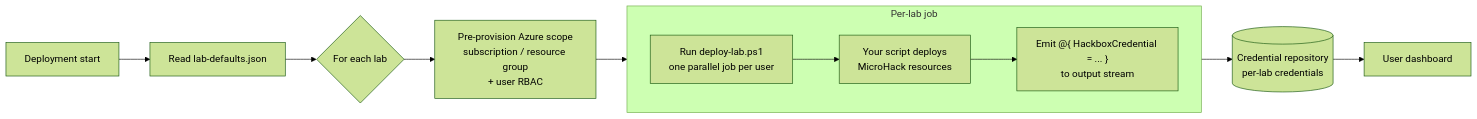
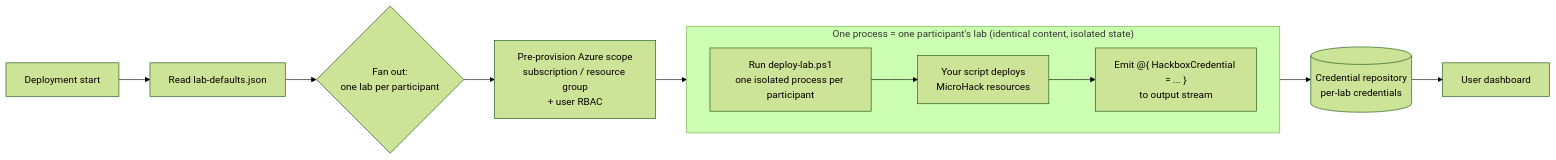
The diagram in 99-MicroHack-Template/labautomation/README.md (microsoft/MicroHack), drawn with Mermaid (forest theme) before and after one commit. The commit also changed other lines of this file, not shown here.

````diff
--- a/99-MicroHack-Template/labautomation/README.md
+++ b/99-MicroHack-Template/labautomation/README.md
@@ -13,16 +21,16 @@
 ```mermaid
 flowchart LR
     A[Deployment start] --> B[Read lab-defaults.json]
-    B --> C{For each lab}
+    B --> C{"Fan out:<br/>one lab per participant"}
     C --> D[Pre-provision Azure scope<br/>subscription / resource group<br/>+ user RBAC]
-    D --> E[Run deploy-lab.ps1<br/>one parallel job per user]
+    D --> E[Run deploy-lab.ps1<br/>one isolated process per participant]
 
-    subgraph job[Per-lab job]
+    subgraph job["One process = one participant's lab (identical content, isolated state)"]
         direction LR
         E --> F[Your script deploys<br/>MicroHack resources]
         F --> G["Emit @{ HackboxCredential = ... }<br/>to output stream"]
     end
 
     G --> H[(Credential repository<br/>per-lab credentials)]
     H --> I[User dashboard]
 ```
````
